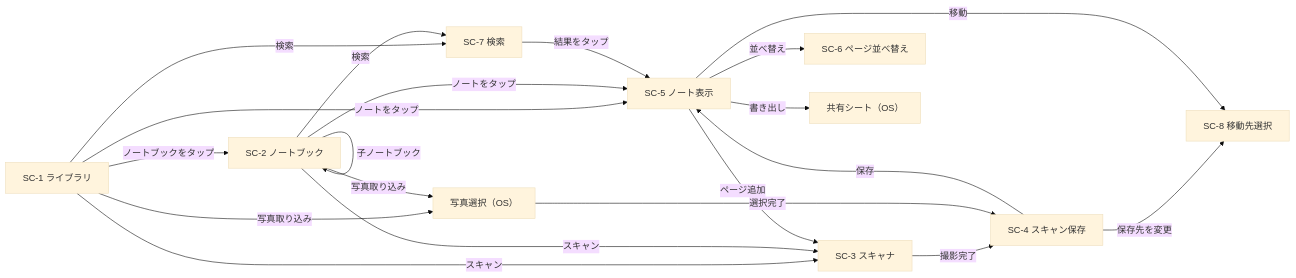
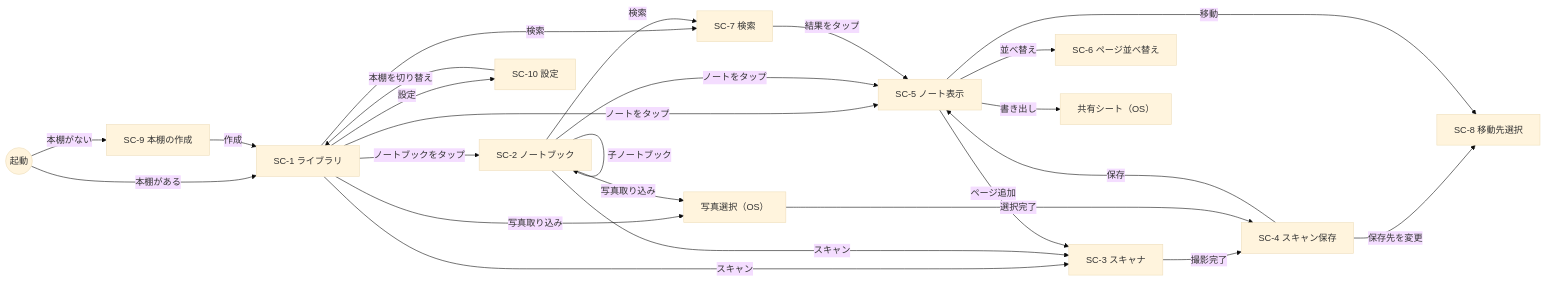
The second of 6 diagrams in docs/02_basic-design/basic-design.md (SasaBranch/Leaves), drawn with Mermaid (base theme) before and after one commit. The commit also changed other lines of this file and 4 other files, not shown here.

````diff
--- a/docs/02_basic-design/basic-design.md
+++ b/docs/02_basic-design/basic-design.md
@@ -191,18 +199,23 @@
 ```mermaid
 flowchart LR
   SC1["SC-1 ライブラリ"] -->|ノートブックをタップ| SC2["SC-2 ノートブック"]
   SC2 -->|子ノートブック| SC2
   SC1 & SC2 -->|ノートをタップ| SC5["SC-5 ノート表示"]
   SC1 & SC2 -->|スキャン| SC3["SC-3 スキャナ"]
   SC1 & SC2 -->|写真取り込み| PICK["写真選択（OS）"]
   SC3 -->|撮影完了| SC4["SC-4 スキャン保存"]
   PICK -->|選択完了| SC4
   SC4 -->|保存| SC5
   SC4 -->|保存先を変更| SC8["SC-8 移動先選択"]
   SC1 & SC2 -->|検索| SC7["SC-7 検索"]
   SC7 -->|結果をタップ| SC5
   SC5 -->|並べ替え| SC6["SC-6 ページ並べ替え"]
   SC5 -->|ページ追加| SC3
   SC5 -->|移動| SC8
   SC5 -->|書き出し| SHARE["共有シート（OS）"]
+  START(("起動")) -->|本棚がない| SC9["SC-9 本棚の作成"]
+  START -->|本棚がある| SC1
+  SC9 -->|作成| SC1
+  SC1 -->|設定| SC10["SC-10 設定"]
+  SC10 -->|本棚を切り替え| SC1
 ```
````
